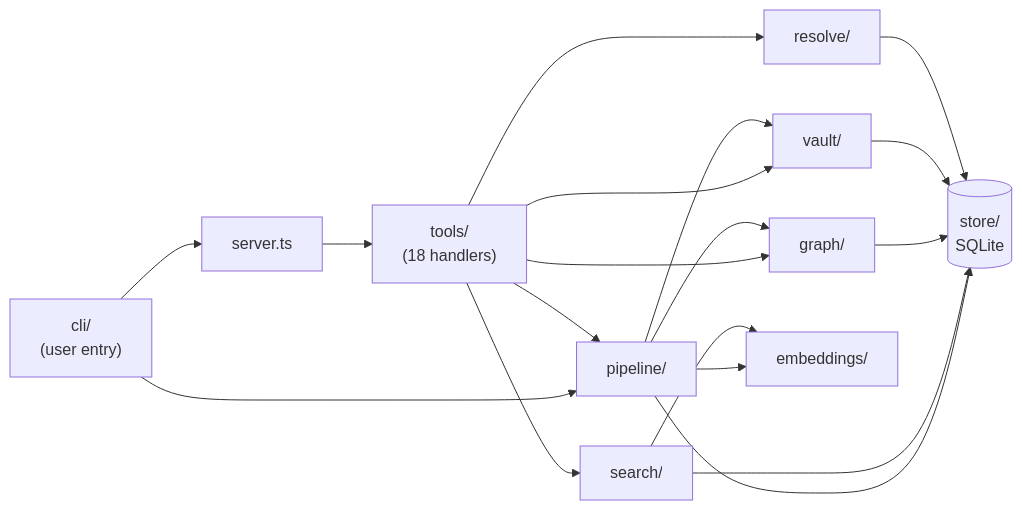
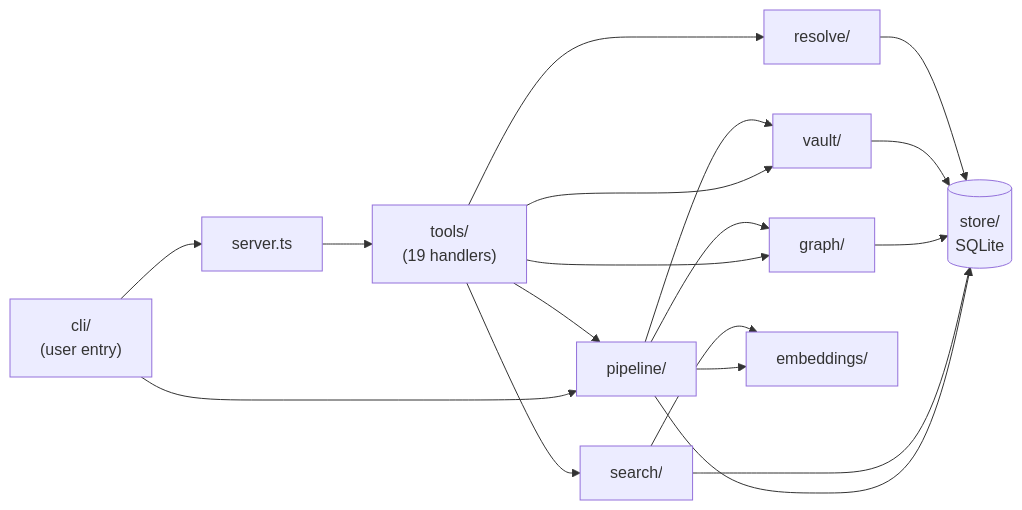
One commit to sweir1/obsidian-brain changed the first of 2 diagrams in docs/architecture.md. Above: the diagram before and after it, drawn with Mermaid. The commit also changed other lines of this file and 76 other files, not shown here.

````diff
--- a/docs/architecture.md
+++ b/docs/architecture.md
@@ -12,20 +12,20 @@
 ```mermaid
 flowchart LR
     CLI["cli/<br/>(user entry)"] --> Server["server.ts"]
     CLI --> Pipeline["pipeline/"]
-    Server --> Tools["tools/<br/>(18 handlers)"]
+    Server --> Tools["tools/<br/>(19 handlers)"]
     Tools --> Pipeline
     Tools --> Search["search/"]
     Tools --> Graph["graph/"]
     Tools --> Vault["vault/"]
     Tools --> Resolve["resolve/"]
     Pipeline --> Vault
     Pipeline --> Embedder["embeddings/"]
     Pipeline --> Graph
     Search --> Embedder
     Pipeline --> Store[("store/<br/>SQLite")]
     Search --> Store
     Graph --> Store
     Vault --> Store
     Resolve --> Store
 ```
````
